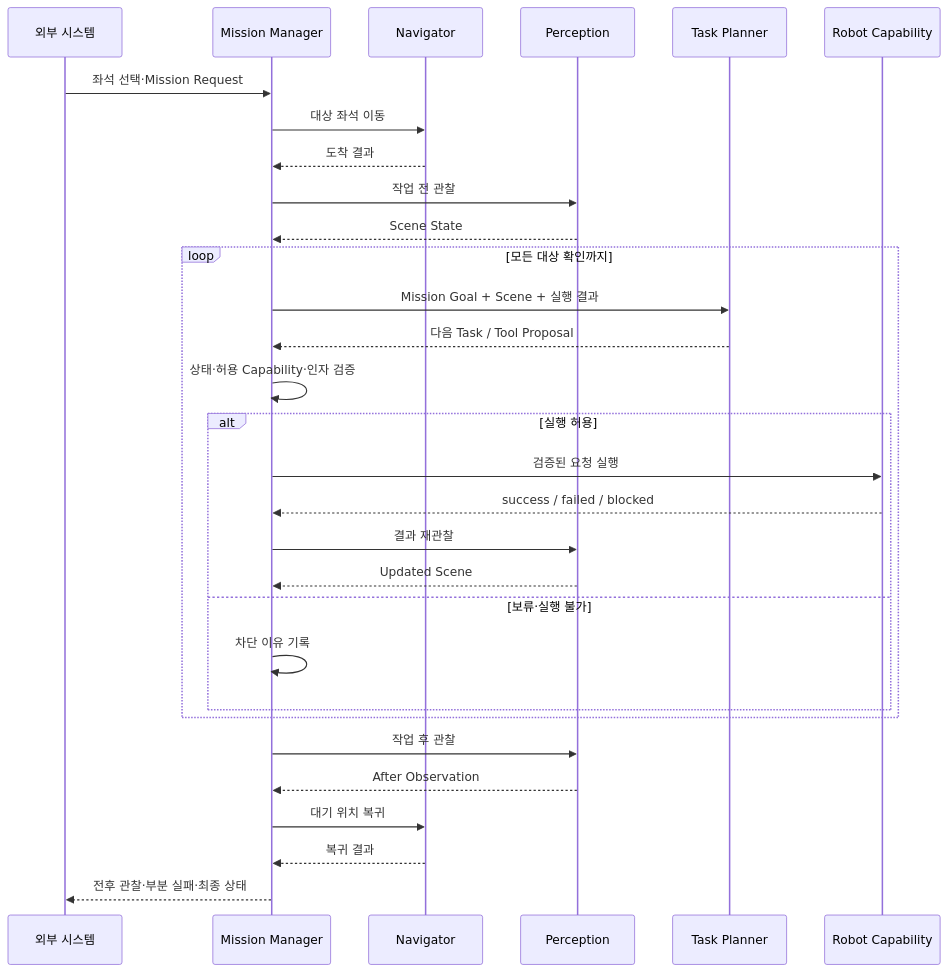
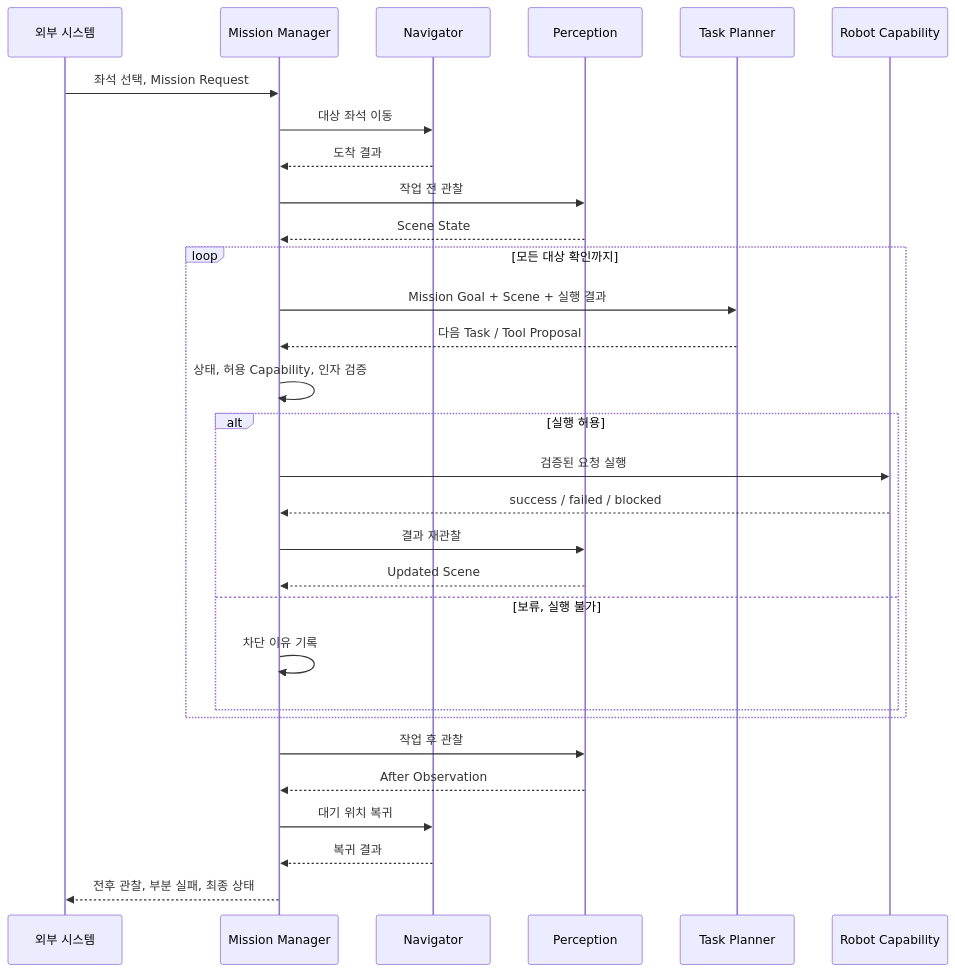
One commit to asm17-moving-agent/cleany-docs changed the diagram in 20_TECHNICAL/09 - Mission Lifecycle.md. Above: the diagram before and after it, drawn with Mermaid. The commit also changed other lines of this file and 53 other files, not shown here.

````diff
--- a/20_TECHNICAL/09 - Mission Lifecycle.md
+++ b/20_TECHNICAL/09 - Mission Lifecycle.md
@@ -20,35 +11,35 @@
 ```mermaid
 sequenceDiagram
     participant UI as 외부 시스템
     participant Mission as Mission Manager
     participant Nav as Navigator
     participant Perception
     participant Planner as Task Planner
     participant Capability as Robot Capability
 
-    UI->>Mission: 좌석 선택·Mission Request
+    UI->>Mission: 좌석 선택, Mission Request
     Mission->>Nav: 대상 좌석 이동
     Nav-->>Mission: 도착 결과
     Mission->>Perception: 작업 전 관찰
     Perception-->>Mission: Scene State
 
     loop 모든 대상 확인까지
         Mission->>Planner: Mission Goal + Scene + 실행 결과
         Planner-->>Mission: 다음 Task / Tool Proposal
-        Mission->>Mission: 상태·허용 Capability·인자 검증
+        Mission->>Mission: 상태, 허용 Capability, 인자 검증
         alt 실행 허용
             Mission->>Capability: 검증된 요청 실행
             Capability-->>Mission: success / failed / blocked
             Mission->>Perception: 결과 재관찰
             Perception-->>Mission: Updated Scene
-        else 보류·실행 불가
+        else 보류, 실행 불가
             Mission->>Mission: 차단 이유 기록
         end
     end
 
     Mission->>Perception: 작업 후 관찰
     Perception-->>Mission: After Observation
     Mission->>Nav: 대기 위치 복귀
     Nav-->>Mission: 복귀 결과
-    Mission-->>UI: 전후 관찰·부분 실패·최종 상태
+    Mission-->>UI: 전후 관찰, 부분 실패, 최종 상태
 ```
````
